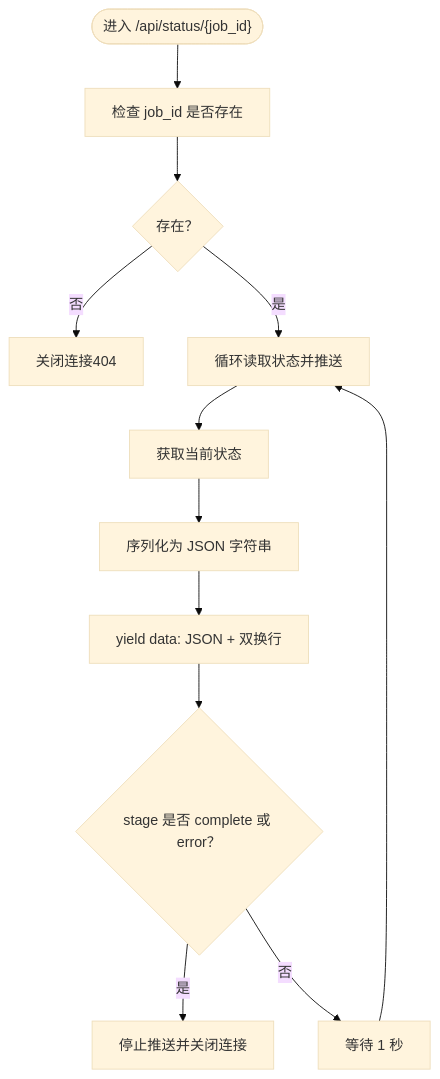
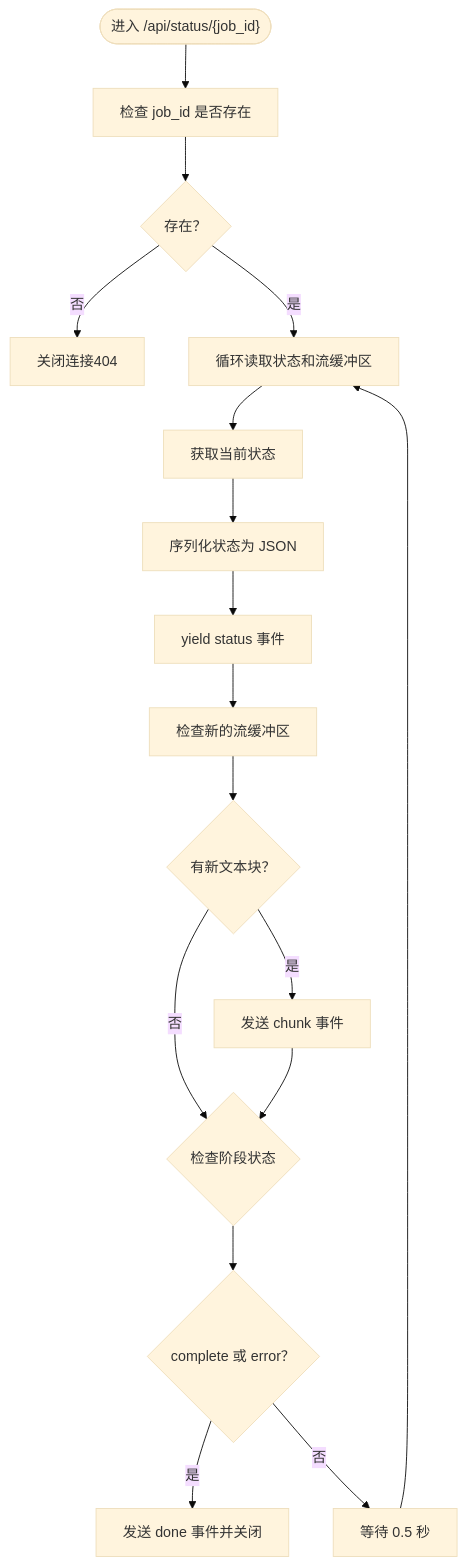
The third of 7 diagrams in .qoder/repowiki/zh/content/API参考文档/进度监控端点.md (tjujingzong/Novel-to-Screenplay), drawn with Mermaid (base theme) before and after one commit. The commit also changed other lines of this file and 21 other files, not shown here.

````diff
--- a/.qoder/repowiki/zh/content/API参考文档/进度监控端点.md
+++ b/.qoder/repowiki/zh/content/API参考文档/进度监控端点.md
@@ -162,14 +190,19 @@
 ```mermaid
 flowchart TD
 Start(["进入 /api/status/{job_id}"]) --> CheckJob["检查 job_id 是否存在"]
 CheckJob --> Exists{"存在？"}
 Exists --> |否| Close["关闭连接404"]
-Exists --> |是| Loop["循环读取状态并推送"]
+Exists --> |是| Loop["循环读取状态和流缓冲区"]
 Loop --> GetStatus["获取当前状态"]
-GetStatus --> Serialize["序列化为 JSON 字符串"]
-Serialize --> Yield["yield data: JSON + 双换行"]
-Yield --> DoneCheck{"stage 是否 complete 或 error？"}
-DoneCheck --> |是| Stop["停止推送并关闭连接"]
-DoneCheck --> |否| Sleep["等待 1 秒"]
+GetStatus --> SerializeStatus["序列化状态为 JSON"]
+SerializeStatus --> YieldStatus["yield status 事件"]
+YieldStatus --> CheckChunks["检查新的流缓冲区"]
+CheckChunks --> HasNew{"有新文本块？"}
+HasNew --> |是| SendChunk["发送 chunk 事件"]
+HasNew --> |否| CheckStage{"检查阶段状态"}
+SendChunk --> CheckStage
+CheckStage --> Complete{"complete 或 error？"}
+Complete --> |是| SendDone["发送 done 事件并关闭"]
+Complete --> |否| Sleep["等待 0.5 秒"]
 Sleep --> Loop
 ```
````
